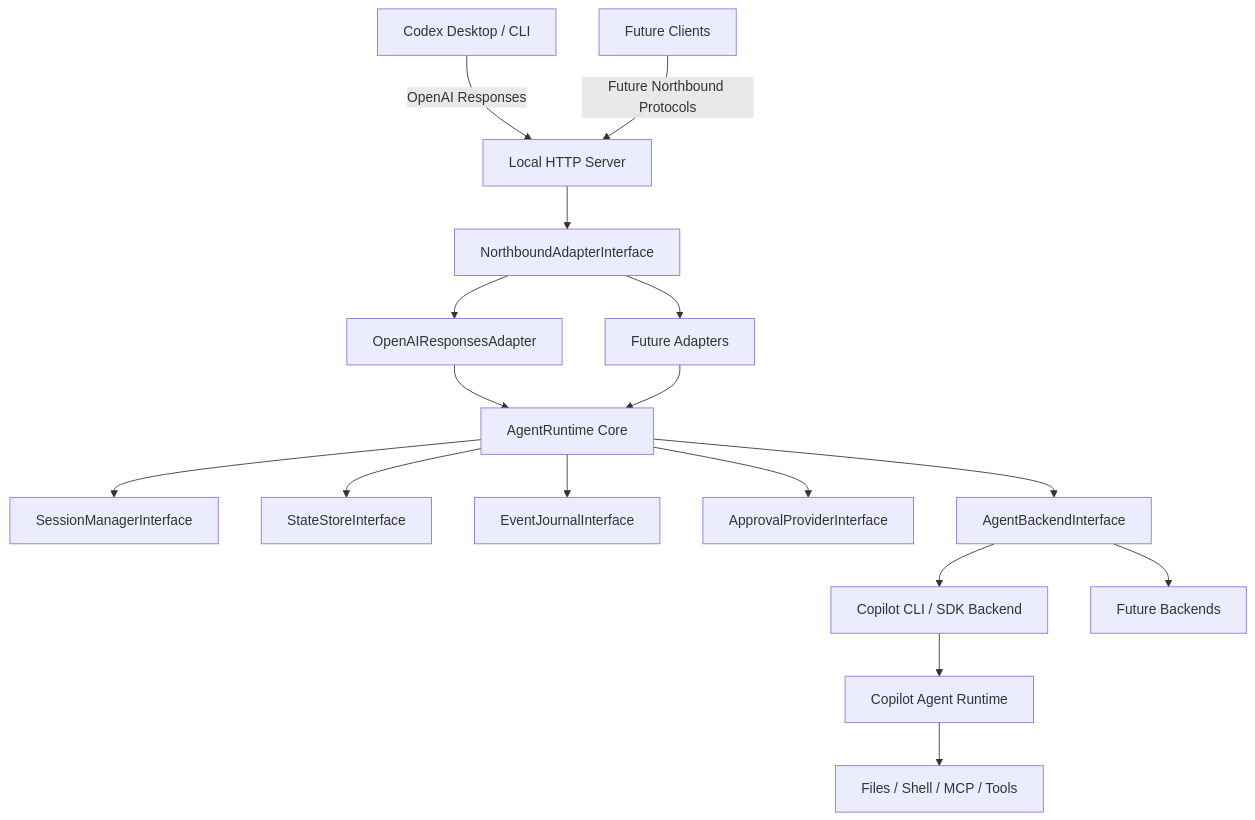
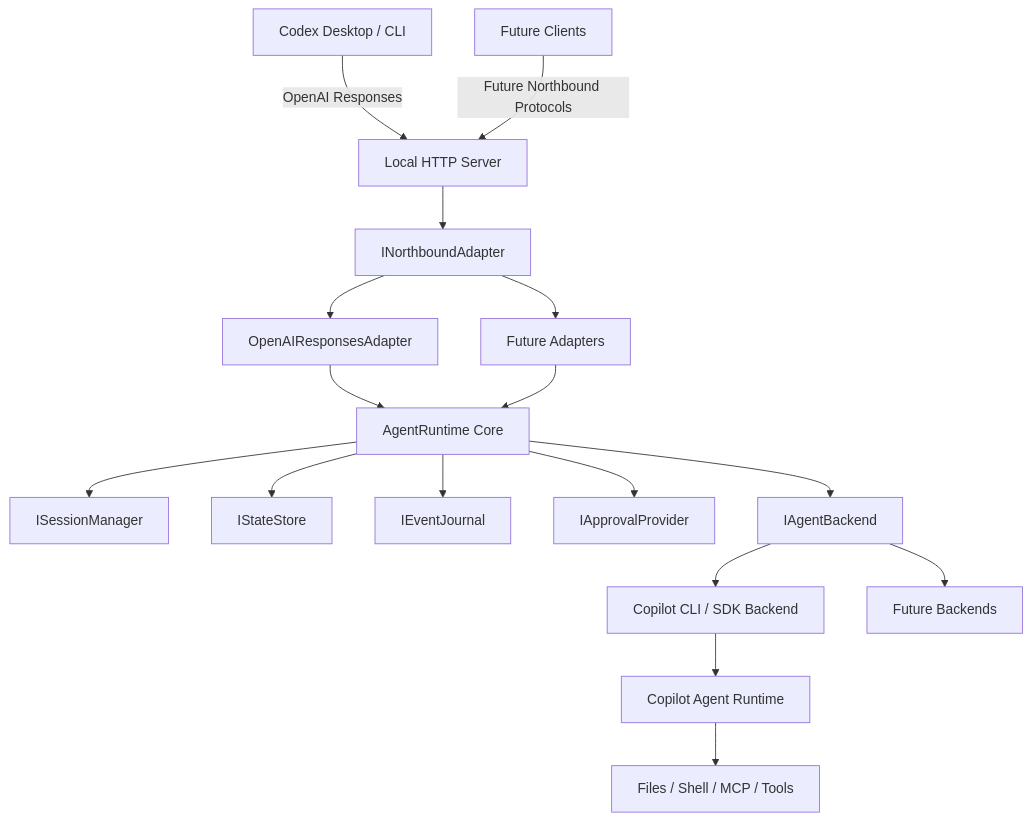
The diagram in plans/copilot-acp-responses-bridge/design.md (LaChimere/volare), drawn with Mermaid before and after one commit. The commit also changed other lines of this file and 13 other files, not shown here.

````diff
--- a/plans/copilot-acp-responses-bridge/design.md
+++ b/plans/copilot-acp-responses-bridge/design.md
@@ -77,19 +77,19 @@
 ```mermaid
 flowchart TD
   A1[Codex Desktop / CLI] -->|OpenAI Responses| B[Local HTTP Server]
   A2[Future Clients] -->|Future Northbound Protocols| B
-  B --> C[NorthboundAdapterInterface]
+  B --> C[INorthboundAdapter]
   C --> C1[OpenAIResponsesAdapter]
   C --> C2[Future Adapters]
   C1 --> D[AgentRuntime Core]
   C2 --> D
-  D --> E[SessionManagerInterface]
-  D --> F[StateStoreInterface]
-  D --> G[EventJournalInterface]
-  D --> H[ApprovalProviderInterface]
-  D --> I[AgentBackendInterface]
+  D --> E[ISessionManager]
+  D --> F[IStateStore]
+  D --> G[IEventJournal]
+  D --> H[IApprovalProvider]
+  D --> I[IAgentBackend]
   I --> J[Copilot CLI / SDK Backend]
   I --> M[Future Backends]
   J --> K[Copilot Agent Runtime]
   K --> L[Files / Shell / MCP / Tools]
 ```
````
